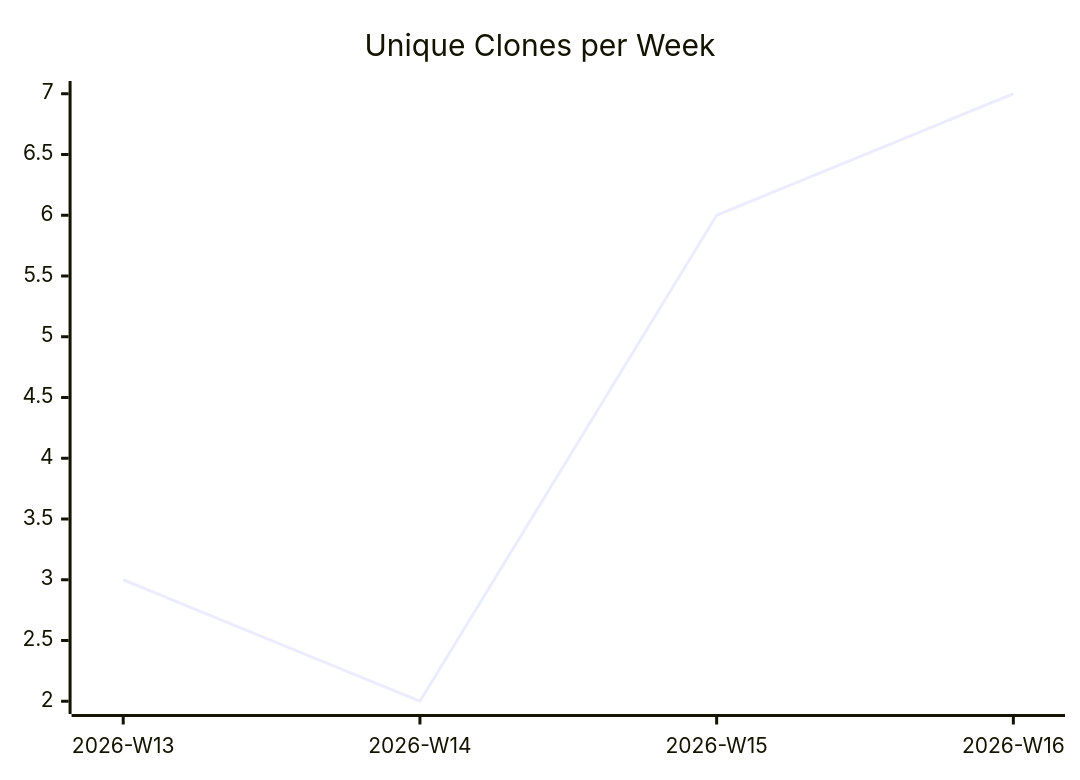
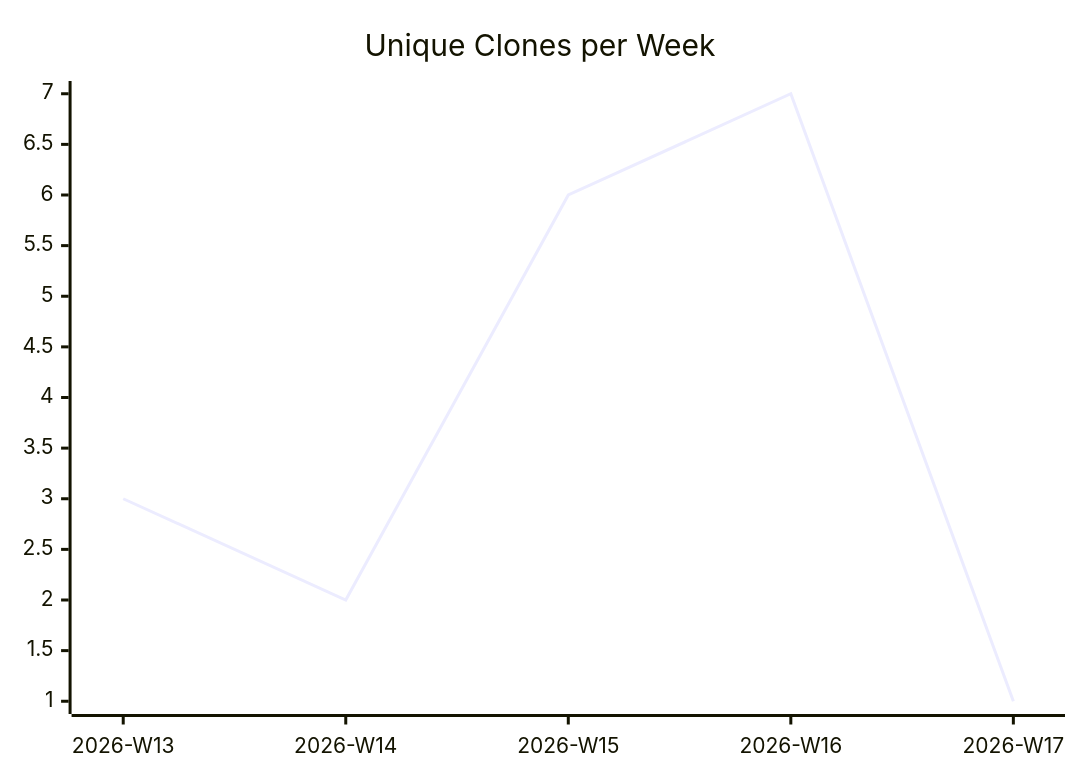
Before and after one commit to justdavis-family/github-analytics-data: the third of 3 diagrams in karlmdavis/justdavis-ansible/README.md, drawn with Mermaid. The commit also changed other lines of this file and 192 other files, not shown here.

````diff
--- a/karlmdavis/justdavis-ansible/README.md
+++ b/karlmdavis/justdavis-ansible/README.md
@@ -19,6 +19,6 @@
 ```mermaid
 xychart-beta
   title "Unique Clones per Week"
-  x-axis ["2026-W13", "2026-W14", "2026-W15", "2026-W16"]
-  line [3, 2, 6, 7]
+  x-axis ["2026-W13", "2026-W14", "2026-W15", "2026-W16", "2026-W17"]
+  line [3, 2, 6, 7, 1]
 ```
````
